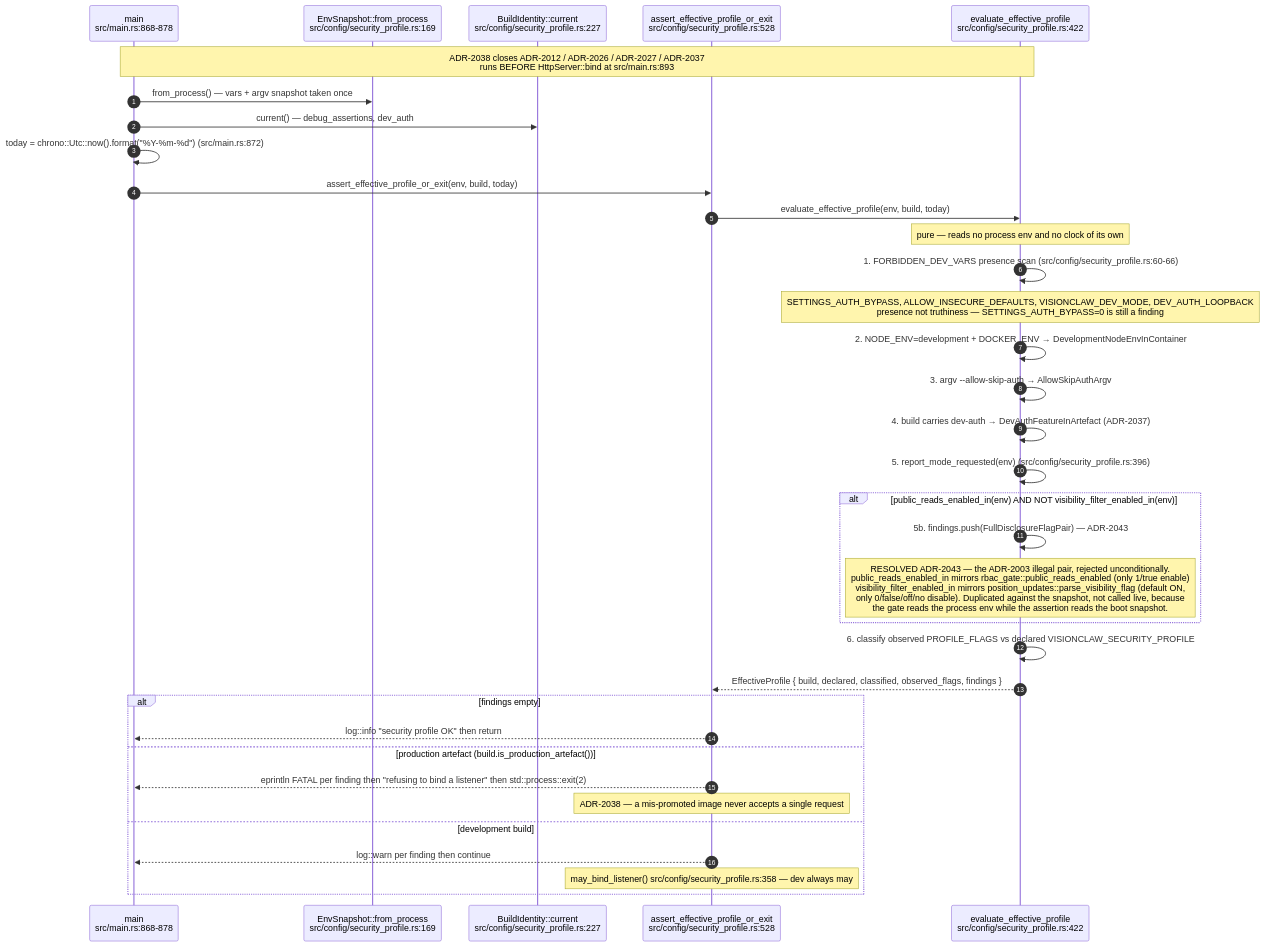
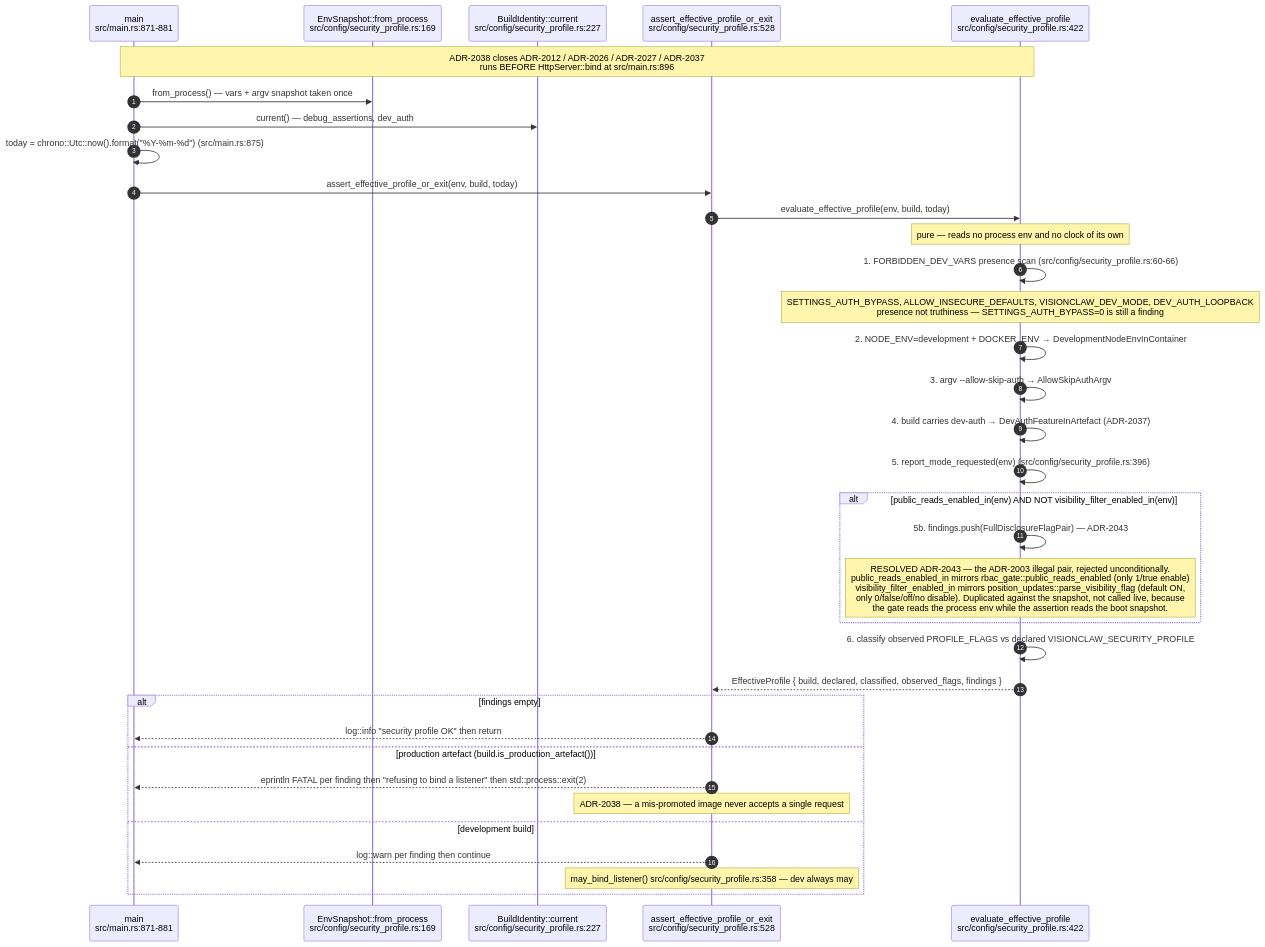
One commit to DreamLab-AI/AR-AI-Knowledge-Graph changed the fourth of 15 diagrams in docs/diagrams/visionclaw/09-config-and-env-flags.md. Above: the diagram before and after it, drawn with Mermaid. The commit also changed other lines of this file and 73 other files, not shown here.

First line of the commit message:
docs(diagrams): re-verify all 71 topic files against HEAD; add --cite-check

````diff
--- a/docs/diagrams/visionclaw/09-config-and-env-flags.md
+++ b/docs/diagrams/visionclaw/09-config-and-env-flags.md
@@ -182,38 +182,38 @@
 ```mermaid
 sequenceDiagram
     autonumber
-    participant M as main<br/>src/main.rs:868-878
+    participant M as main<br/>src/main.rs:871-881
     participant E as EnvSnapshot::from_process<br/>src/config/security_profile.rs:169
     participant BI as BuildIdentity::current<br/>src/config/security_profile.rs:227
     participant A as assert_effective_profile_or_exit<br/>src/config/security_profile.rs:528
     participant V as evaluate_effective_profile<br/>src/config/security_profile.rs:422
 
-    Note over M,V: ADR-2038 closes ADR-2012 / ADR-2026 / ADR-2027 / ADR-2037<br/>runs BEFORE HttpServer::bind at src/main.rs:893
+    Note over M,V: ADR-2038 closes ADR-2012 / ADR-2026 / ADR-2027 / ADR-2037<br/>runs BEFORE HttpServer::bind at src/main.rs:896
     M->>E: from_process() — vars + argv snapshot taken once
     M->>BI: current() — debug_assertions, dev_auth
-    M->>M: today = chrono::Utc::now().format("%Y-%m-%d") (src/main.rs:872)
+    M->>M: today = chrono::Utc::now().format("%Y-%m-%d") (src/main.rs:875)
     M->>A: assert_effective_profile_or_exit(env, build, today)
     A->>V: evaluate_effective_profile(env, build, today)
     Note over V: pure — reads no process env and no clock of its own
     V->>V: 1. FORBIDDEN_DEV_VARS presence scan (src/config/security_profile.rs:60-66)
     Note over V: SETTINGS_AUTH_BYPASS, ALLOW_INSECURE_DEFAULTS, VISIONCLAW_DEV_MODE, DEV_AUTH_LOOPBACK<br/>presence not truthiness — SETTINGS_AUTH_BYPASS=0 is still a finding
     V->>V: 2. NODE_ENV=development + DOCKER_ENV → DevelopmentNodeEnvInContainer
     V->>V: 3. argv --allow-skip-auth → AllowSkipAuthArgv
     V->>V: 4. build carries dev-auth → DevAuthFeatureInArtefact (ADR-2037)
     V->>V: 5. report_mode_requested(env) (src/config/security_profile.rs:396)
     alt public_reads_enabled_in(env) AND NOT visibility_filter_enabled_in(env)
         V->>V: 5b. findings.push(FullDisclosureFlagPair) — ADR-2043
         Note over V: RESOLVED ADR-2043 — the ADR-2003 illegal pair, rejected unconditionally.<br/>public_reads_enabled_in mirrors rbac_gate::public_reads_enabled (only 1/true enable)<br/>visibility_filter_enabled_in mirrors position_updates::parse_visibility_flag (default ON,<br/>only 0/false/off/no disable). Duplicated against the snapshot, not called live, because<br/>the gate reads the process env while the assertion reads the boot snapshot.
     end
     V->>V: 6. classify observed PROFILE_FLAGS vs declared VISIONCLAW_SECURITY_PROFILE
     V-->>A: EffectiveProfile { build, declared, classified, observed_flags, findings }
     alt findings empty
         A-->>M: log::info "security profile OK" then return
     else production artefact (build.is_production_artefact())
         A-->>M: eprintln FATAL per finding then "refusing to bind a listener" then std::process::exit(2)
         Note over A: ADR-2038 — a mis-promoted image never accepts a single request
     else development build
         A-->>M: log::warn per finding then continue
         Note over A: may_bind_listener() src/config/security_profile.rs:358 — dev always may
     end
 ```
````
